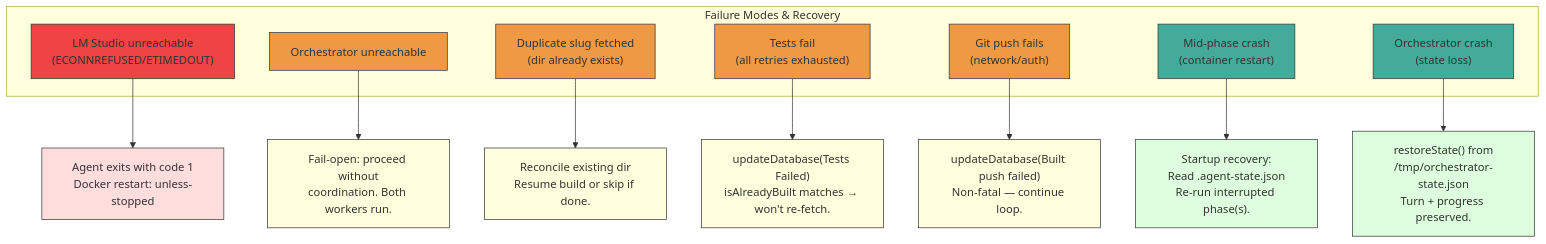
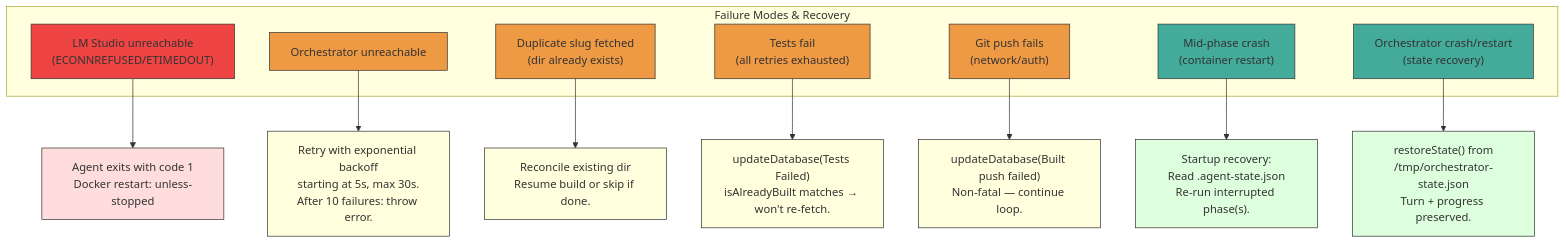
One commit to jtmb/slop-generator changed the seventh of 7 diagrams in docs/CONTAINER-INTERACTIONS.md. Above: the diagram before and after it, drawn with Mermaid. The commit also changed 6 other files, not shown here.

First line of the commit message:
docs: sync all docs with actual codebase state (4 services, orchestrator state persistence, retry behavior)

````diff
--- a/docs/CONTAINER-INTERACTIONS.md
+++ b/docs/CONTAINER-INTERACTIONS.md
@@ -304,35 +304,35 @@
 ```mermaid
 graph TB
     subgraph Errors["Failure Modes & Recovery"]
         E1["LM Studio unreachable<br/>(ECONNREFUSED/ETIMEDOUT)"]
         E2["Orchestrator unreachable"]
         E3["Duplicate slug fetched<br/>(dir already exists)"]
         E4["Tests fail<br/>(all retries exhausted)"]
         E5["Git push fails<br/>(network/auth)"]
         E6["Mid-phase crash<br/>(container restart)"]
-        E7["Orchestrator crash<br/>(state loss)"]
+        E7["Orchestrator crash/restart<br/>(state recovery)"]
     end
 
     E1 --> R1["Agent exits with code 1<br/>Docker restart: unless-stopped"]
-    E2 --> R2["Fail-open: proceed without<br/>coordination. Both workers run."]
+    E2 --> R2["Retry with exponential backoff<br/>starting at 5s, max 30s.<br/>After 10 failures: throw error."]
     E3 --> R3["Reconcile existing dir<br/>Resume build or skip if done."]
     E4 --> R4["updateDatabase(Tests Failed)<br/>isAlreadyBuilt matches → won't re-fetch."]
     E5 --> R5["updateDatabase(Built push failed)<br/>Non-fatal — continue loop."]
     E6 --> R6["Startup recovery:<br/>Read .agent-state.json<br/>Re-run interrupted phase(s)."]
     E7 --> R7["restoreState() from<br/>/tmp/orchestrator-state.json<br/>Turn + progress preserved."]
 
     style E1 fill:#e44,stroke:#333
     style E2 fill:#e94,stroke:#333
     style E3 fill:#e94,stroke:#333
     style E4 fill:#e94,stroke:#333
     style E5 fill:#e94,stroke:#333
     style E6 fill:#4a9,stroke:#333
     style E7 fill:#4a9,stroke:#333
     style R1 fill:#fdd,stroke:#333
     style R2 fill:#ffd,stroke:#333
     style R3 fill:#ffd,stroke:#333
     style R4 fill:#ffd,stroke:#333
     style R5 fill:#ffd,stroke:#333
     style R6 fill:#dfd,stroke:#333
     style R7 fill:#dfd,stroke:#333
 ```
````
